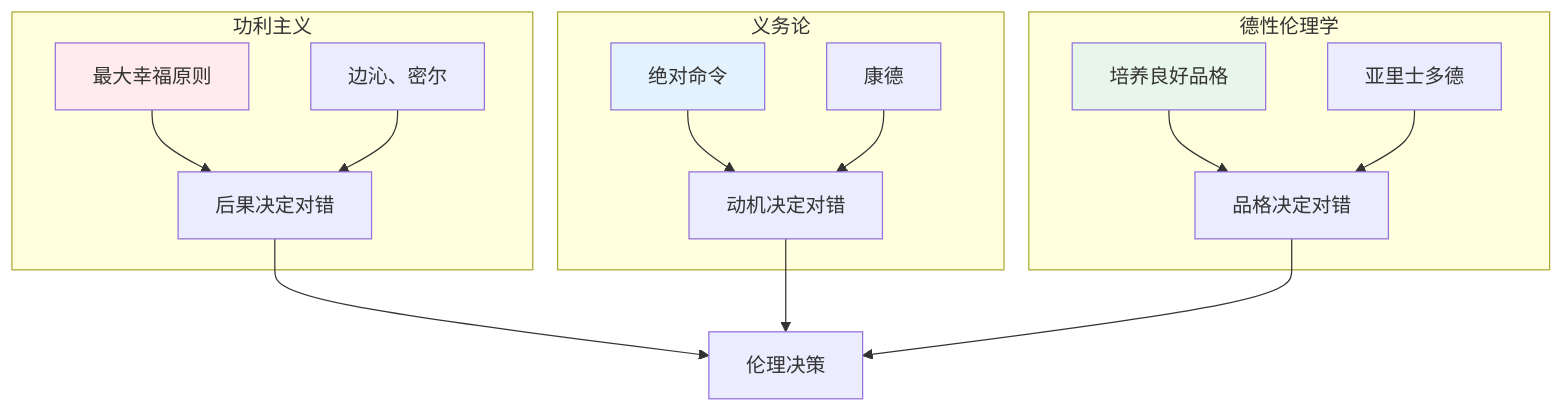
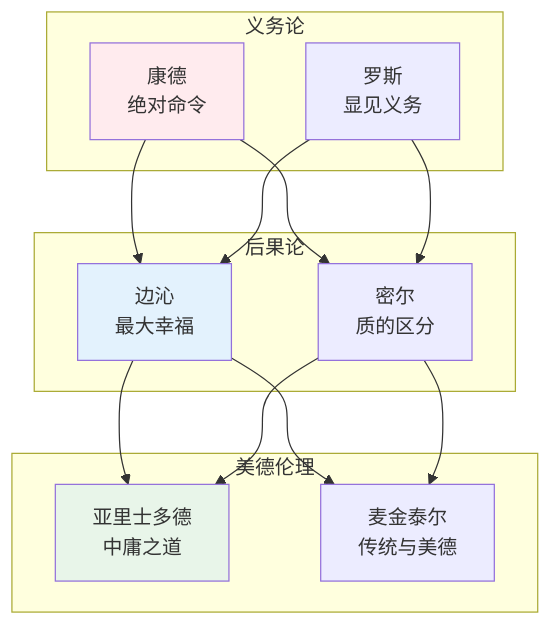
One commit to wxyClark/wxyClark.github.io changed the third of 3 diagrams in content/humanities/philosophy/index.md. Above: the diagram before and after it, drawn with Mermaid. The commit also changed other lines of this file and 190 other files, not shown here.

````diff
--- a/content/humanities/philosophy/index.md
+++ b/content/humanities/philosophy/index.md
@@ -114,26 +125,24 @@
 ```mermaid
-flowchart TD
-    subgraph 功利主义
-        U1[最大幸福原则]
-        U2[边沁、密尔]
-        U1 & U2 --> U3[后果决定对错]
+graph TB
+    subgraph 义务论
+        D1[康德<br/>绝对命令]
+        D2[罗斯<br/>显见义务]
     end
     
-    subgraph 义务论
-        K1[绝对命令]
-        K2[康德]
-        K1 & K2 --> K3[动机决定对错]
+    subgraph 后果论
+        U1[边沁<br/>最大幸福]
+        U2[密尔<br/>质的区分]
     end
     
-    subgraph 德性伦理学
-        V1[培养良好品格]
-        V2[亚里士多德]
-        V1 & V2 --> V3[品格决定对错]
+    subgraph 美德伦理
+        V1[亚里士多德<br/>中庸之道]
+        V2[麦金泰尔<br/>传统与美德]
     end
     
-    U3 & K3 & V3 --> 伦理决策
+    D1 & D2 --> U1 & U2
+    U1 & U2 --> V1 & V2
     
-    style U1 fill:#ffebee
-    style K1 fill:#e3f2fd
+    style D1 fill:#ffebee
+    style U1 fill:#e3f2fd
     style V1 fill:#e8f5e9
 ```
````
